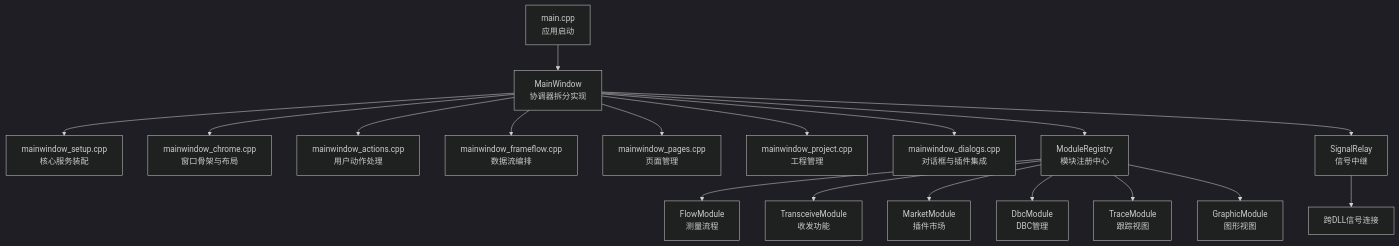
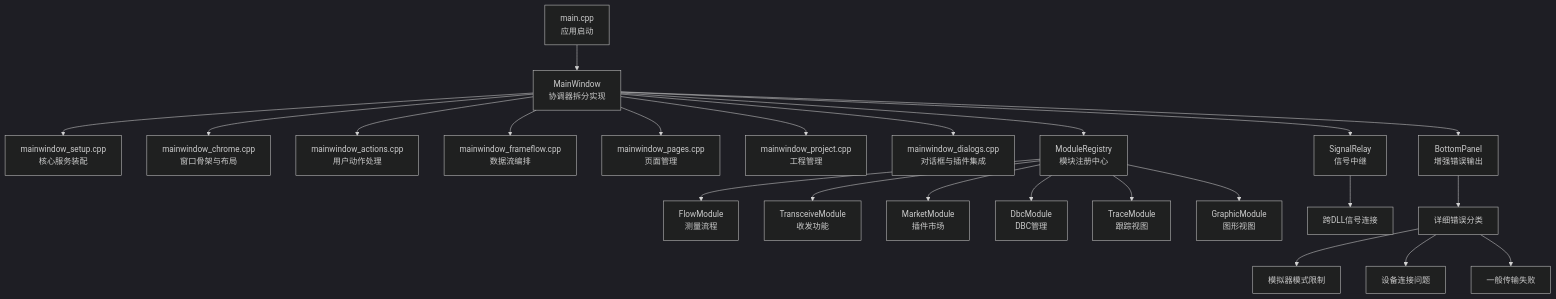
The first of 11 diagrams in .qoder/repowiki/zh/content/架构设计/主窗口组件架构.md (jakecai1225-design/OpenBus), drawn with Mermaid (dark theme) before and after one commit. The commit also changed other lines of this file and 24 other files, not shown here.

Commit message:
trace graphic问题修改

````diff
--- a/.qoder/repowiki/zh/content/架构设计/主窗口组件架构.md
+++ b/.qoder/repowiki/zh/content/架构设计/主窗口组件架构.md
@@ -51,20 +53,25 @@
 ```mermaid
 graph TB
 A["main.cpp<br/>应用启动"] --> B["MainWindow<br/>协调器拆分实现"]
 B --> C["mainwindow_setup.cpp<br/>核心服务装配"]
 B --> D["mainwindow_chrome.cpp<br/>窗口骨架与布局"]
 B --> E["mainwindow_actions.cpp<br/>用户动作处理"]
 B --> F["mainwindow_frameflow.cpp<br/>数据流编排"]
 B --> G["mainwindow_pages.cpp<br/>页面管理"]
 B --> H["mainwindow_project.cpp<br/>工程管理"]
 B --> I["mainwindow_dialogs.cpp<br/>对话框与插件集成"]
 B --> J["ModuleRegistry<br/>模块注册中心"]
 J --> K["FlowModule<br/>测量流程"]
 J --> L["TransceiveModule<br/>收发功能"]
 J --> M["MarketModule<br/>插件市场"]
 J --> N["DbcModule<br/>DBC管理"]
 J --> O["TraceModule<br/>跟踪视图"]
 J --> P["GraphicModule<br/>图形视图"]
 B --> Q["SignalRelay<br/>信号中继"]
-Q --> R["跨DLL信号连接"]
+B --> R["BottomPanel<br/>增强错误输出"]
+Q --> S["跨DLL信号连接"]
+R --> T["详细错误分类"]
+T --> U["模拟器模式限制"]
+T --> V["设备连接问题"]
+T --> W["一般传输失败"]
 ```
````
